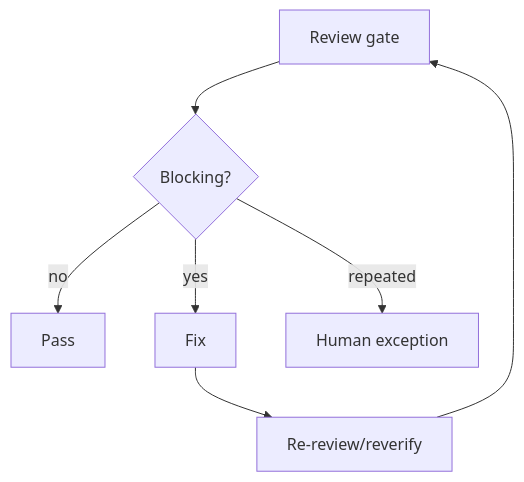
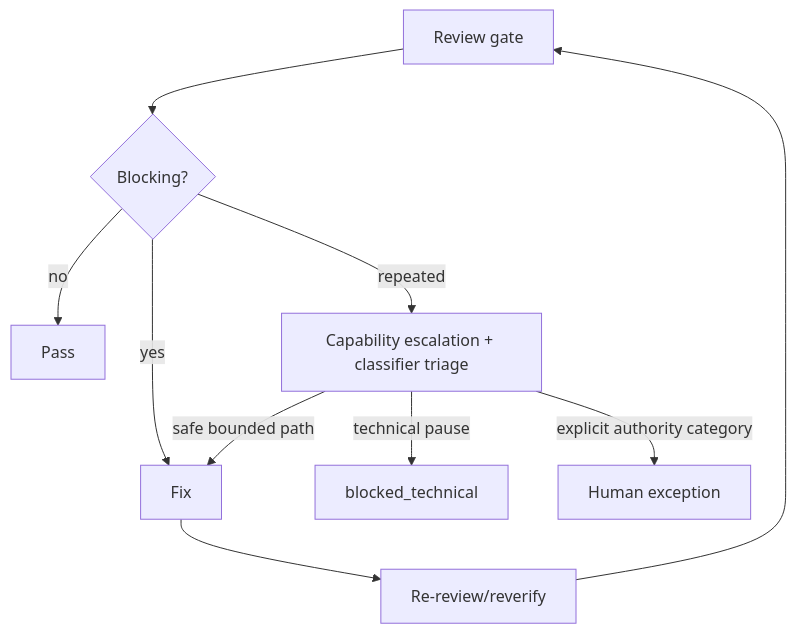
Diagram 21 of 23 in docs/development/BUILDER_SYSTEM_PROCESS_MAP.md (RasmusTho/agentic-pkm-mvp), drawn with Mermaid before and after one commit. The commit also changed other lines of this file and 2 other files, not shown here.

Commit message:
Route repeated review findings through triage

````diff
--- a/docs/development/BUILDER_SYSTEM_PROCESS_MAP.md
+++ b/docs/development/BUILDER_SYSTEM_PROCESS_MAP.md
@@ -784,9 +787,12 @@
 ```mermaid
 flowchart TD
   Review["Review gate"] --> Blocking{"Blocking?"}
   Blocking -->|no| Pass["Pass"]
   Blocking -->|yes| Fix["Fix"]
   Fix --> Reverify["Re-review/reverify"]
   Reverify --> Review
-  Blocking -->|repeated| Exception["Human exception"]
+  Blocking -->|repeated| Triage["Capability escalation + classifier triage"]
+  Triage -->|safe bounded path| Fix
+  Triage -->|technical pause| Block["blocked_technical"]
+  Triage -->|explicit authority category| Exception["Human exception"]
 ```
````
